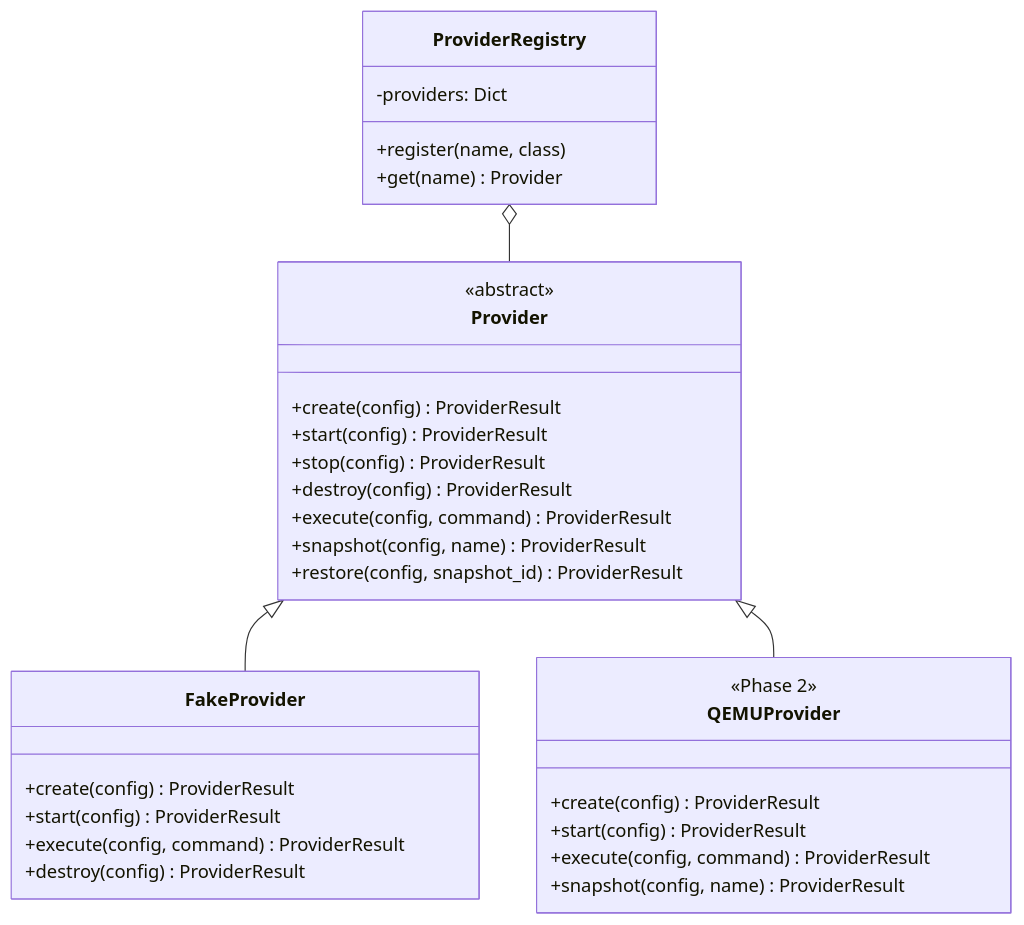
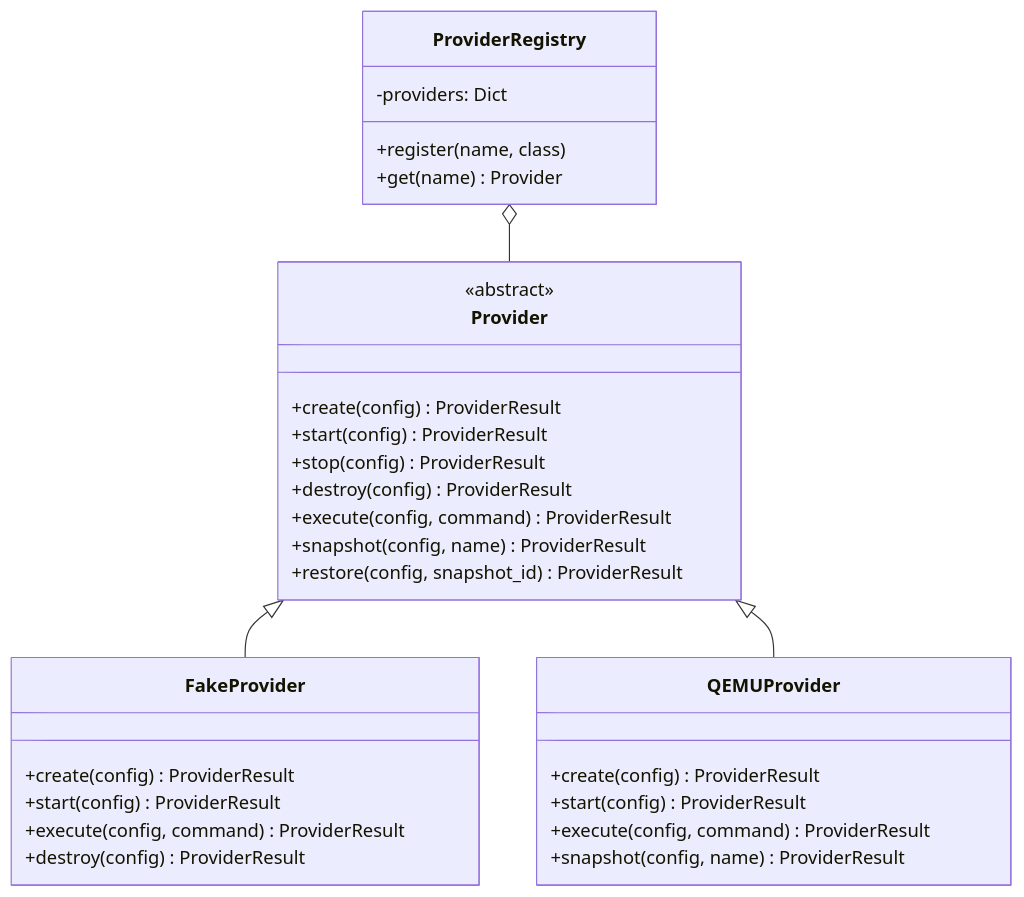
Before and after one commit to melinskyRf/kernellab: the fifth of 7 diagrams in README.md, drawn with Mermaid. The commit also changed other lines of this file and 62 other files, not shown here.

````diff
--- a/README.md
+++ b/README.md
@@ -326,38 +478,37 @@
 ```mermaid
 classDiagram
     class Provider {
         <<abstract>>
         +create(config) ProviderResult
         +start(config) ProviderResult
         +stop(config) ProviderResult
         +destroy(config) ProviderResult
         +execute(config, command) ProviderResult
         +snapshot(config, name) ProviderResult
         +restore(config, snapshot_id) ProviderResult
     }
     
     class FakeProvider {
         +create(config) ProviderResult
         +start(config) ProviderResult
         +execute(config, command) ProviderResult
         +destroy(config) ProviderResult
     }
     
     class QEMUProvider {
-        <<Phase 2>>
         +create(config) ProviderResult
         +start(config) ProviderResult
         +execute(config, command) ProviderResult
         +snapshot(config, name) ProviderResult
     }
     
     class ProviderRegistry {
         -providers: Dict
         +register(name, class)
         +get(name) Provider
     }
     
     Provider <|-- FakeProvider
     Provider <|-- QEMUProvider
     ProviderRegistry o-- Provider
 ```
````
